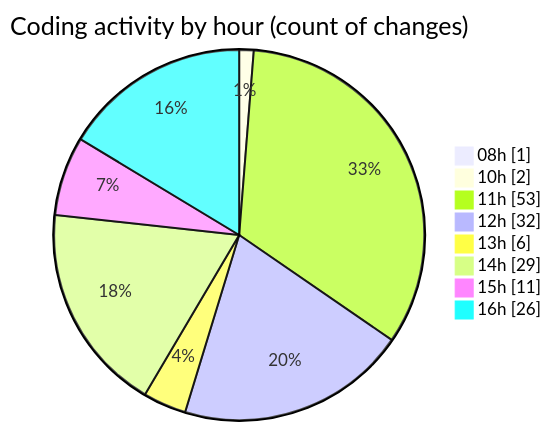
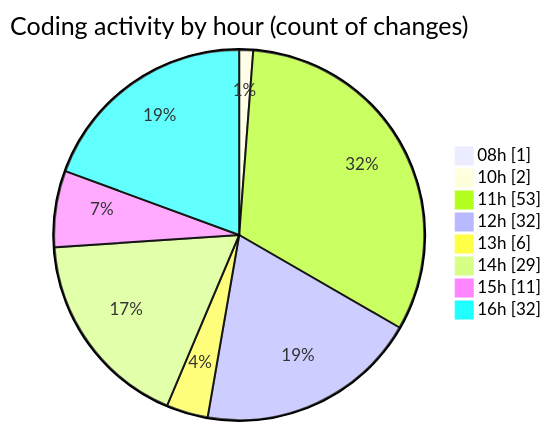
Before and after one commit to momahboobian/code-tracking: the second of 2 diagrams in 2025-07-03/cda/README.md, drawn with Mermaid. The commit also changed other lines of this file and 1 other file, not shown here.

````diff
--- a/2025-07-03/cda/README.md
+++ b/2025-07-03/cda/README.md
@@ -51,12 +51,12 @@
 ```mermaid
 pie showData
 title Coding activity by hour (count of changes)
 "08h" : 1
 "10h" : 2
 "11h" : 53
 "12h" : 32
 "13h" : 6
 "14h" : 29
 "15h" : 11
-"16h" : 26
+"16h" : 32
 ```
````
